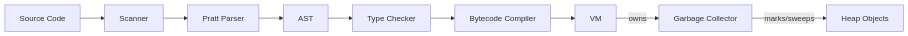
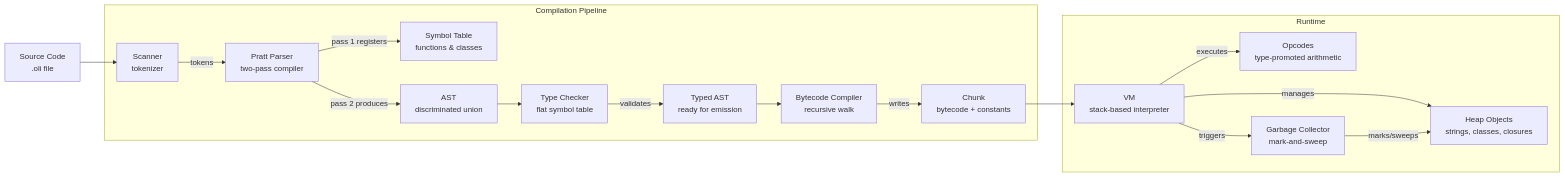
The diagram in readme.md (NateTheGrappler/OliNat-Programming-Language), drawn with Mermaid before and after one commit.

Commit message:
docs: improve architecture diagram in README
Adds a more detailed Mermaid flowchart with labels, data-flow annotations,
two-pass parser detail, and Compilation/Runtime subgraphs.

Closes #6

````diff
--- a/readme.md
+++ b/readme.md
@@ -92,12 +92,39 @@
 ```mermaid
 flowchart LR
-    Source[Source Code] --> Scanner[Scanner]
-    Scanner --> Parser[Pratt Parser]
-    Parser --> AST[AST]
-    AST --> TypeChecker[Type Checker]
-    TypeChecker --> Compiler[Bytecode Compiler]
-    Compiler --> VM[VM]
+    Source[Source Code<br/>.oli file] --> Scanner[Scanner<br/>tokenizer]
+    Scanner --> |tokens| ASTCompiler[Pratt Parser<br/>two-pass compiler]
     
-    VM --> |owns| GC[Garbage Collector]
-    GC --> |marks/sweeps| Heap[Heap Objects]
+    ASTCompiler --> |pass 1 registers| Symbols[Symbol Table<br/>functions & classes]
+    ASTCompiler --> |pass 2 produces| AST[AST<br/>discriminated union]
+    
+    AST --> TypeChecker[Type Checker<br/>flat symbol table]
+    TypeChecker --> |validates| TypeResult[Typed AST<br/>ready for emission]
+    
+    TypeResult --> ByteCompiler[Bytecode Compiler<br/>recursive walk]
+    ByteCompiler --> |writes| Chunk[Chunk<br/>bytecode + constants]
+    
+    Chunk --> VM[VM<br/>stack-based interpreter]
+    VM --> |executes| Opcodes[Opcodes<br/>type-promoted arithmetic]
+    VM --> |manages| Heap[Heap Objects<br/>strings, classes, closures]
+    
+    VM --> |triggers| GC[Garbage Collector<br/>mark-and-sweep]
+    GC --> |marks/sweeps| Heap
+    
+    subgraph Compilation["Compilation Pipeline"]
+        Scanner
+        ASTCompiler
+        Symbols
+        AST
+        TypeChecker
+        TypeResult
+        ByteCompiler
+        Chunk
+    end
+    
+    subgraph Runtime["Runtime"]
+        VM
+        Opcodes
+        Heap
+        GC
+    end
 ```
````
